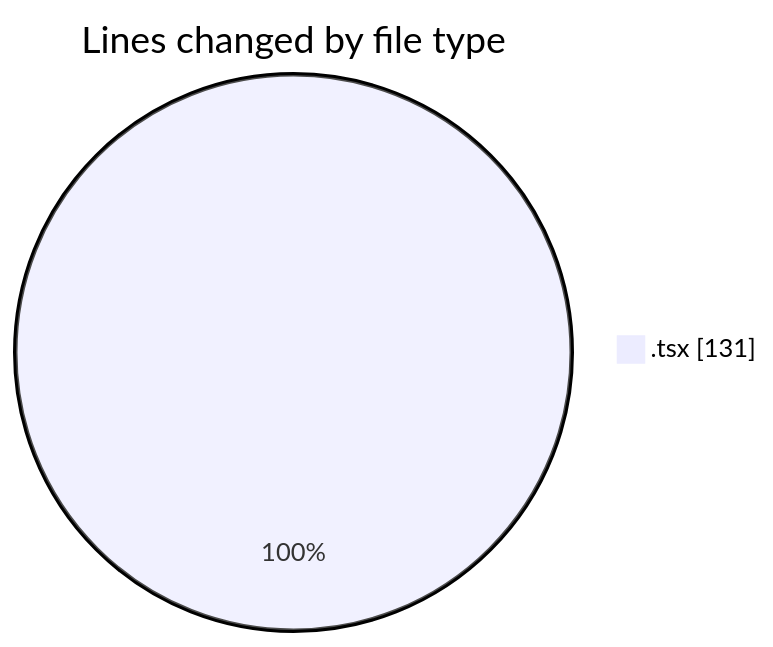
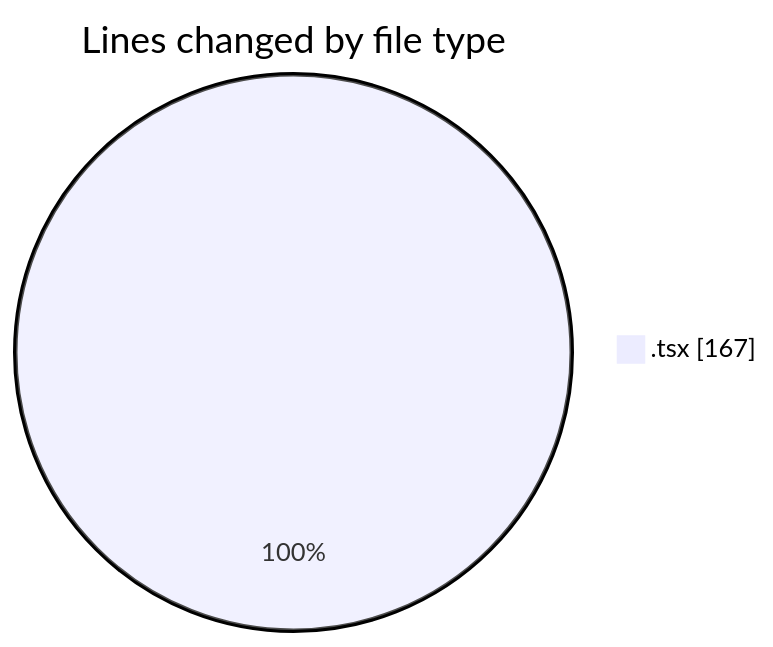
The first of 2 diagrams in 2025-03-19/cda/README.md (momahboobian/code-tracking), drawn with Mermaid before and after one commit. The commit also changed other lines of this file and 1 other file, not shown here.

````diff
--- a/2025-03-19/cda/README.md
+++ b/2025-03-19/cda/README.md
@@ -22,5 +22,5 @@
 ```mermaid
 pie showData
 title Lines changed by file type
-".tsx" : 131
+".tsx" : 167
 ```
````
